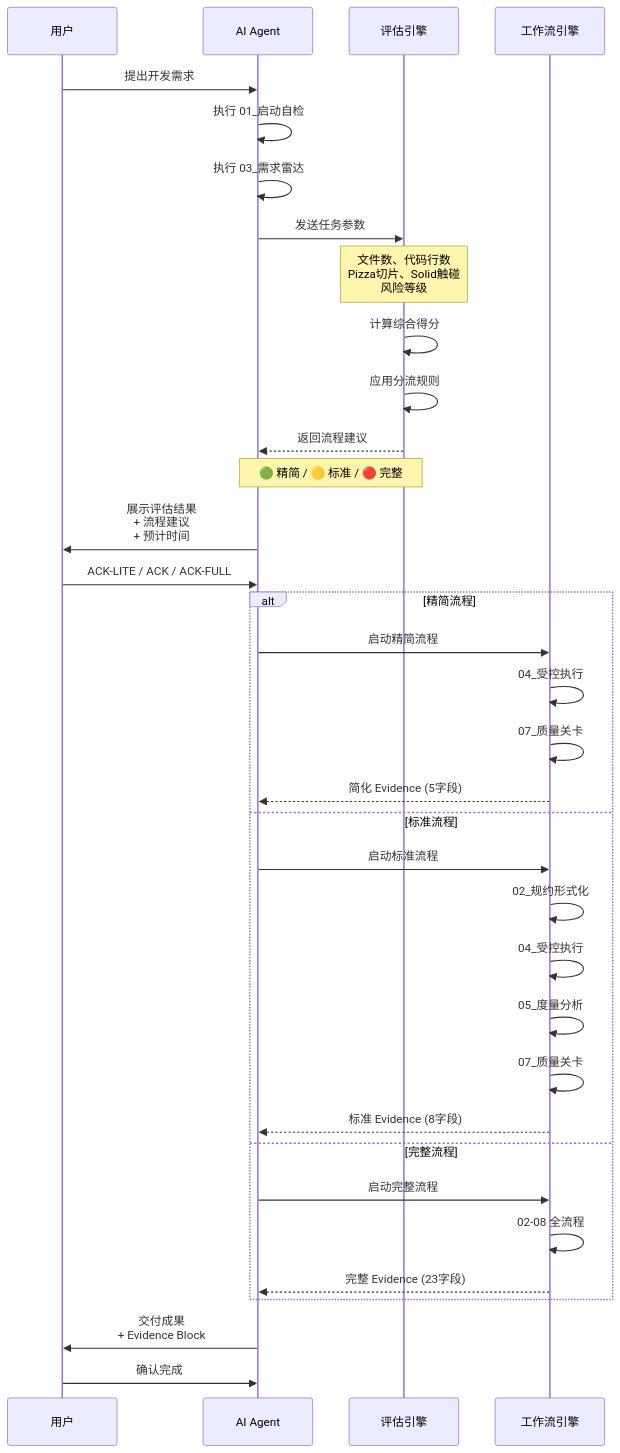
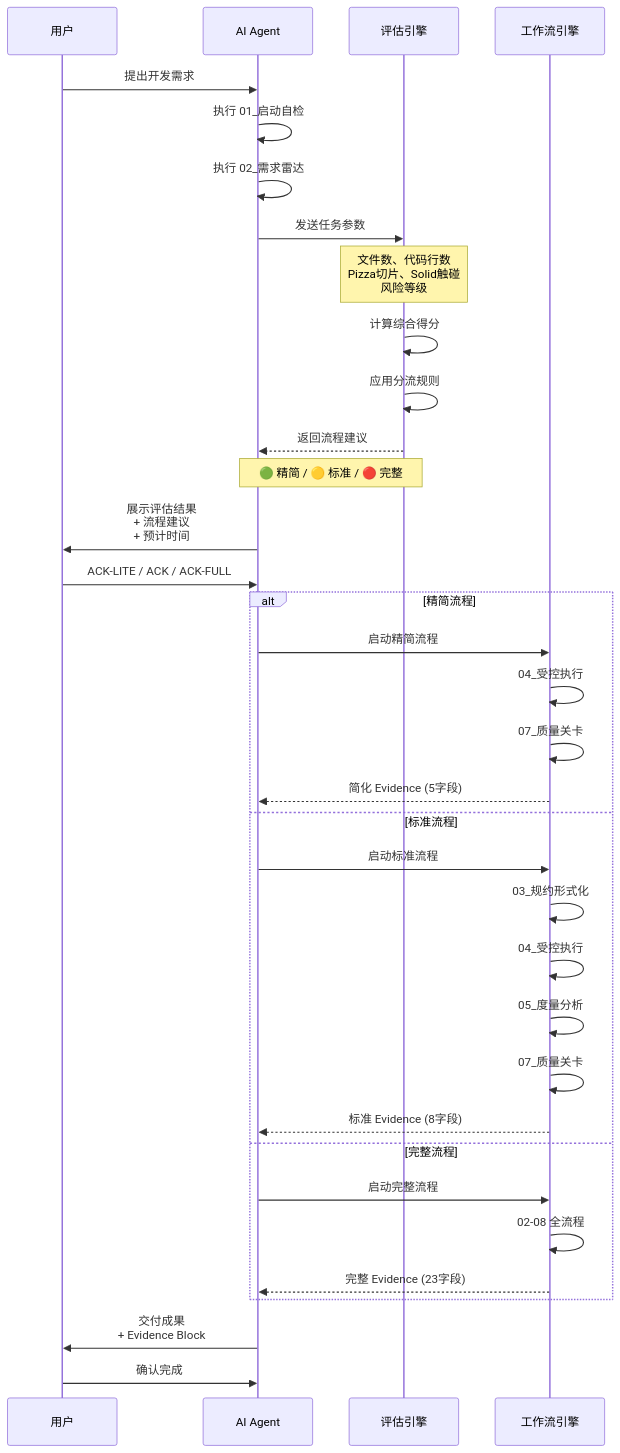
The fifth of 6 diagrams in docs/architecture/智能分流架构图.md (zhaozhendong0608/common-workflows-java), drawn with Mermaid before and after one commit. The commit also changed other lines of this file and 21 other files, not shown here.

````diff
--- a/docs/architecture/智能分流架构图.md
+++ b/docs/architecture/智能分流架构图.md
@@ -351,45 +351,45 @@
 ```mermaid
 sequenceDiagram
     participant U as 用户
     participant AI as AI Agent
     participant E as 评估引擎
     participant W as 工作流引擎
     
     U->>AI: 提出开发需求
     AI->>AI: 执行 01_启动自检
-    AI->>AI: 执行 03_需求雷达
+    AI->>AI: 执行 02_需求雷达
     
     AI->>E: 发送任务参数
     Note over E: 文件数、代码行数<br/>Pizza切片、Solid触碰<br/>风险等级
     
     E->>E: 计算综合得分
     E->>E: 应用分流规则
     
     E-->>AI: 返回流程建议
     Note over E,AI: 🟢 精简 / 🟡 标准 / 🔴 完整
     
     AI->>U: 展示评估结果<br/>+ 流程建议<br/>+ 预计时间
     
     U->>AI: ACK-LITE / ACK / ACK-FULL
     
     alt 精简流程
         AI->>W: 启动精简流程
         W->>W: 04_受控执行
         W->>W: 07_质量关卡
         W-->>AI: 简化 Evidence (5字段)
     else 标准流程
         AI->>W: 启动标准流程
-        W->>W: 02_规约形式化
+        W->>W: 03_规约形式化
         W->>W: 04_受控执行
         W->>W: 05_度量分析
         W->>W: 07_质量关卡
         W-->>AI: 标准 Evidence (8字段)
     else 完整流程
         AI->>W: 启动完整流程
         W->>W: 02-08 全流程
         W-->>AI: 完整 Evidence (23字段)
     end
     
     AI->>U: 交付成果<br/>+ Evidence Block
     U->>AI: 确认完成
 ```
````
